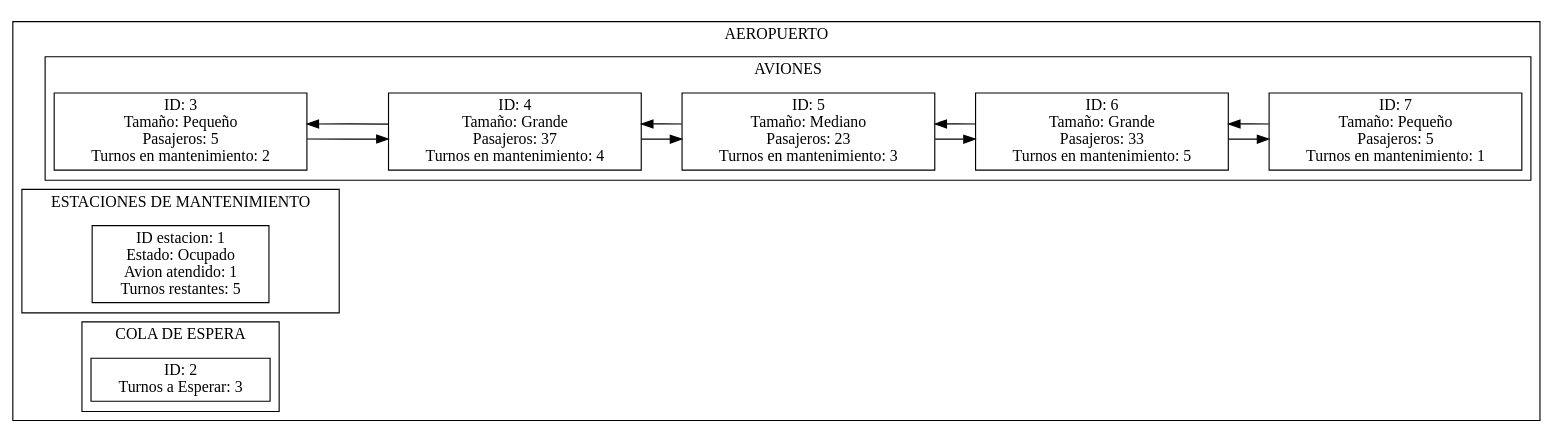
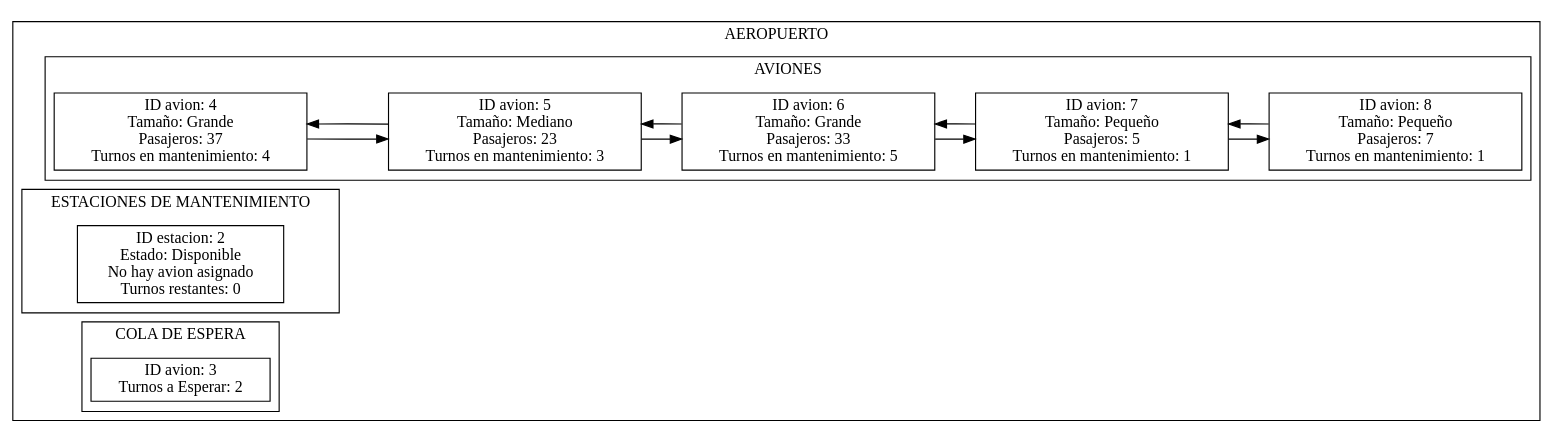
The diagram in practica1201224240/reportes/Grafica.dot (denisse-br/EDD_201224240), drawn with Graphviz before and after one commit. The commit also changed 21 other files, not shown here.

```diff
--- a/practica1201224240/reportes/Grafica.dot
+++ b/practica1201224240/reportes/Grafica.dot
@@ -1,28 +1,28 @@
 digraph{ 
  rankdir=LR; 
  node[shape = record, color = black];subgraph clusterAeropuerto{ 
 label = "AEROPUERTO"; 
 	  subgraph clusterAviones{ 
 	  label = "AVIONES"; 
-		 a0[label="ID: 3\n Tamaño: Pequeño\n Pasajeros: 5\n Turnos en mantenimiento: 2 "];
-		 a1[label="ID: 4\n Tamaño: Grande\n Pasajeros: 37\n Turnos en mantenimiento: 4 "];
-		 a2[label="ID: 5\n Tamaño: Mediano\n Pasajeros: 23\n Turnos en mantenimiento: 3 "];
-		 a3[label="ID: 6\n Tamaño: Grande\n Pasajeros: 33\n Turnos en mantenimiento: 5 "];
-		 a4[label="ID: 7\n Tamaño: Pequeño\n Pasajeros: 5\n Turnos en mantenimiento: 1 "];
+		 a0[label="ID avion: 4\n Tamaño: Grande\n Pasajeros: 37\n Turnos en mantenimiento: 4 "];
+		 a1[label="ID avion: 5\n Tamaño: Mediano\n Pasajeros: 23\n Turnos en mantenimiento: 3 "];
+		 a2[label="ID avion: 6\n Tamaño: Grande\n Pasajeros: 33\n Turnos en mantenimiento: 5 "];
+		 a3[label="ID avion: 7\n Tamaño: Pequeño\n Pasajeros: 5\n Turnos en mantenimiento: 1 "];
+		 a4[label="ID avion: 8\n Tamaño: Pequeño\n Pasajeros: 7\n Turnos en mantenimiento: 1 "];
 }
 a0->a1
 a1->a2
 a1->a0
 a2->a3
 a2->a1
 a3->a4
 a3->a2
 a4->a3
 	  subgraph clusterlistaSim{ 
 	  label = "ESTACIONES DE MANTENIMIENTO"; 
-		 b0[label="ID estacion: 1\nEstado: Ocupado\nAvion atendido: 1\nTurnos restantes: 5"];
+		 b0[label="ID estacion: 2\nEstado: Disponible\nNo hay avion asignado \nTurnos restantes: 0"];
 	 }	  subgraph clusterlistaCola{ 
 	  label = "COLA DE ESPERA"; 
-		 c0[label="ID: 2\nTurnos a Esperar: 3\n "];
+		 c0[label="ID avion: 3\nTurnos a Esperar: 2\n "];
 	 }}
 }
```
